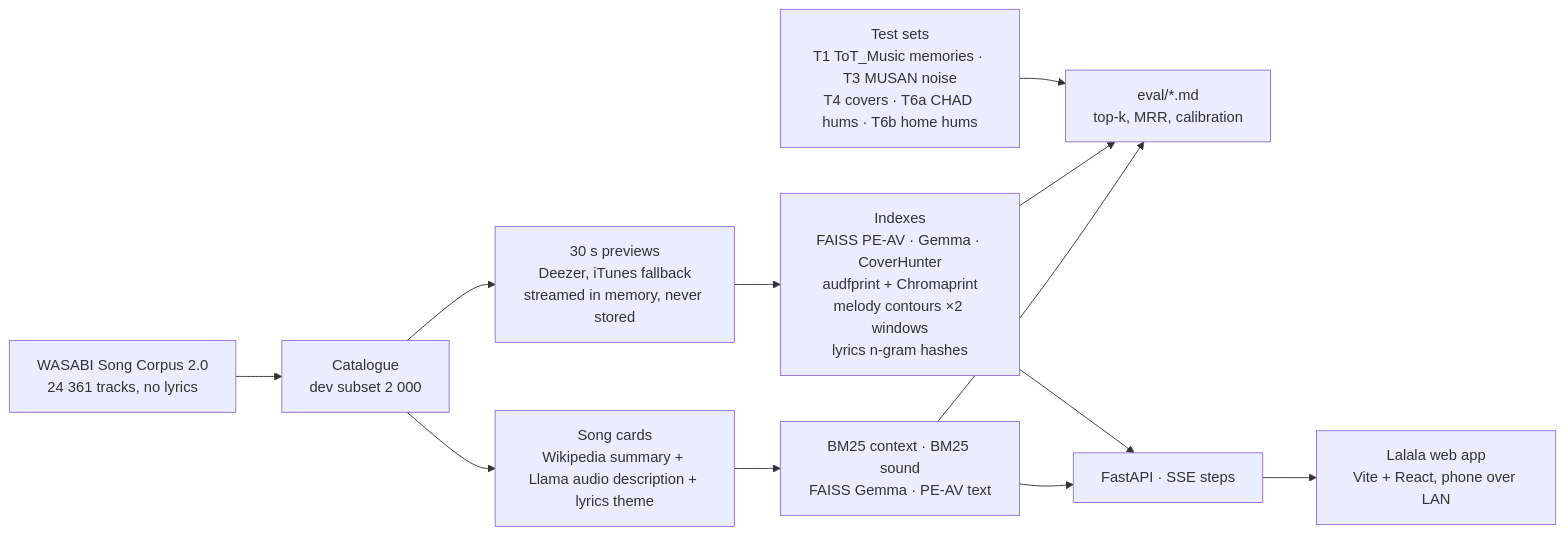
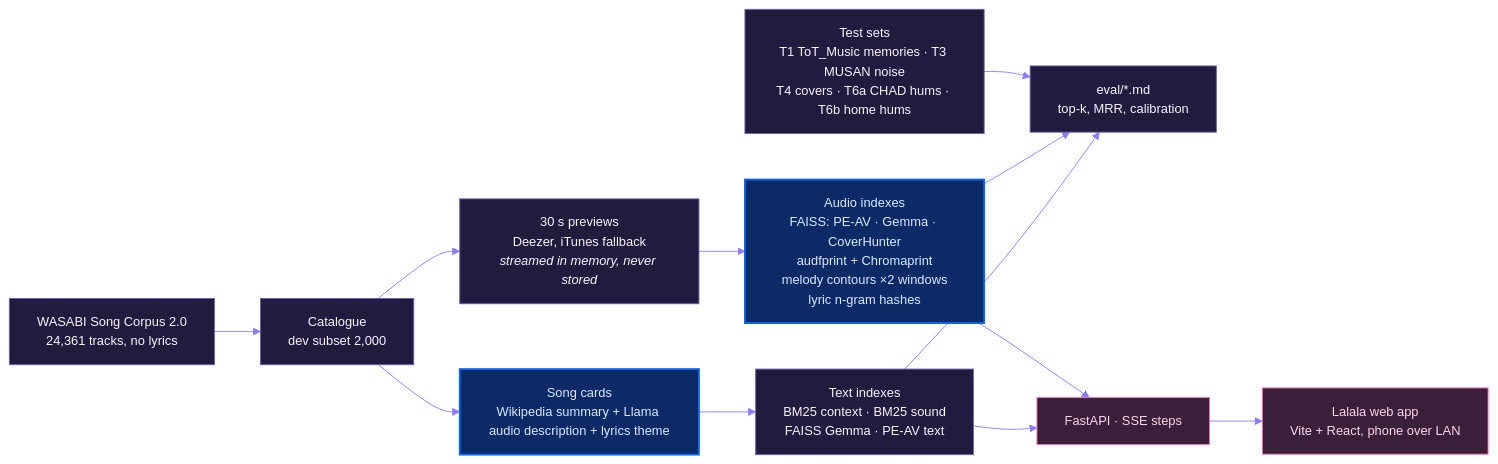
The second of 2 diagrams in README.md (guillaumebeguec/Lalala), drawn with Mermaid before and after one commit. The commit also changed other lines of this file and 9 other files, not shown here.

Commit message:
README: banner with the organiser logos, embedded demo video, styled diagrams and figures from the video

````diff
--- a/README.md
+++ b/README.md
@@ -68,12 +83,16 @@
 ```mermaid
+%%{init: {'theme': 'base', 'themeVariables': {'primaryColor': '#211C3D', 'primaryTextColor': '#F7F3FF', 'primaryBorderColor': '#3a3160', 'lineColor': '#8b7cff', 'fontFamily': 'Inter, Helvetica, Arial, sans-serif', 'fontSize': '14px'}}}%%
 flowchart LR
-    W[WASABI Song Corpus 2.0<br/>24 361 tracks, no lyrics] --> CAT[Catalogue<br/>dev subset 2 000]
-    CAT --> P[30 s previews<br/>Deezer, iTunes fallback<br/>streamed in memory, never stored]
-    CAT --> K[Song cards<br/>Wikipedia summary + Llama audio description + lyrics theme]
-    P --> IDX[Indexes<br/>FAISS PE-AV · Gemma · CoverHunter<br/>audfprint + Chromaprint<br/>melody contours ×2 windows<br/>lyrics n-gram hashes]
-    K --> IDX2[BM25 context · BM25 sound<br/>FAISS Gemma · PE-AV text]
-    TS[Test sets<br/>T1 ToT_Music memories · T3 MUSAN noise<br/>T4 covers · T6a CHAD hums · T6b home hums] --> EV[eval/*.md<br/>top-k, MRR, calibration]
-    IDX & IDX2 --> API[FastAPI · SSE steps]
-    API --> WEB[Lalala web app<br/>Vite + React, phone over LAN]
+    classDef meta fill:#0b2a66,stroke:#0866FF,color:#dbe8ff,stroke-width:2px
+    classDef data fill:#211C3D,stroke:#6b5fb0,color:#F7F3FF
+    classDef app fill:#3a1f3a,stroke:#ff6fb5,color:#ffd3ea
+    W["WASABI Song Corpus 2.0<br/>24,361 tracks, no lyrics"]:::data --> CAT["Catalogue<br/>dev subset 2,000"]:::data
+    CAT --> P["30 s previews<br/>Deezer, iTunes fallback<br/><i>streamed in memory, never stored</i>"]:::data
+    CAT --> K["Song cards<br/>Wikipedia summary + Llama audio description + lyrics theme"]:::meta
+    P --> IDX["Audio indexes<br/>FAISS: PE-AV · Gemma · CoverHunter<br/>audfprint + Chromaprint<br/>melody contours ×2 windows<br/>lyric n-gram hashes"]:::meta
+    K --> IDX2["Text indexes<br/>BM25 context · BM25 sound<br/>FAISS Gemma · PE-AV text"]:::data
+    TS["Test sets<br/>T1 ToT_Music memories · T3 MUSAN noise<br/>T4 covers · T6a CHAD hums · T6b home hums"]:::data --> EV["eval/*.md<br/>top-k, MRR, calibration"]:::data
+    IDX & IDX2 --> API["FastAPI · SSE steps"]:::app
+    API --> WEB["Lalala web app<br/>Vite + React, phone over LAN"]:::app
     IDX & IDX2 --> EV
 ```
````
